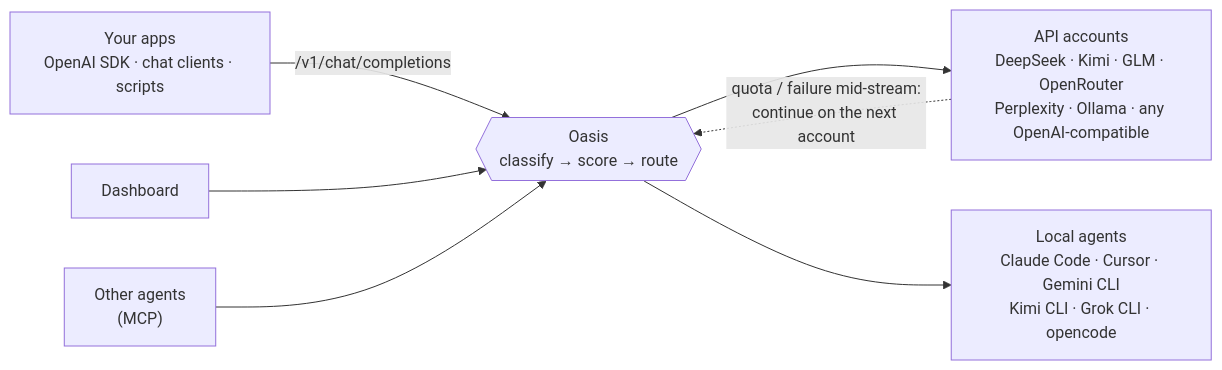
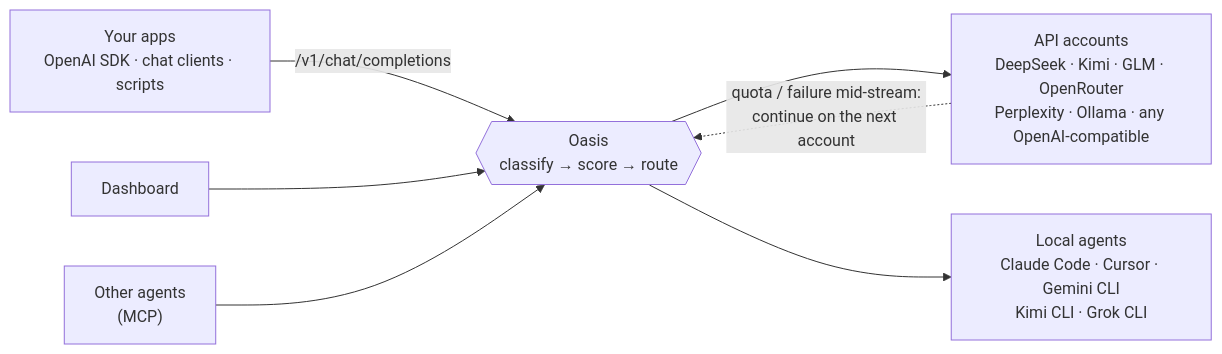
Before and after one commit to vajraimb/hello_riot: the diagram in README.md, drawn with Mermaid. The commit also changed other lines of this file and 15 other files, not shown here.

First line of the commit message:
Let a committee include local agents, and drop opencode from the catalog.

````diff
--- a/README.md
+++ b/README.md
@@ -75,10 +75,10 @@
 ```mermaid
 flowchart LR
     C["Your apps<br/>OpenAI SDK · chat clients · scripts"] -->|"/v1/chat/completions"| O
     U["Dashboard"] --> O
     M["Other agents<br/>(MCP)"] --> O
     O{{"Oasis<br/>classify → score → route"}}
     O --> A["API accounts<br/>DeepSeek · Kimi · GLM · OpenRouter<br/>Perplexity · Ollama · any OpenAI-compatible"]
-    O --> G["Local agents<br/>Claude Code · Cursor · Gemini CLI<br/>Kimi CLI · Grok CLI · opencode"]
+    O --> G["Local agents<br/>Claude Code · Cursor · Gemini CLI<br/>Kimi CLI · Grok CLI"]
     A -. "quota / failure mid-stream:<br/>continue on the next account" .-> O
 ```
````
